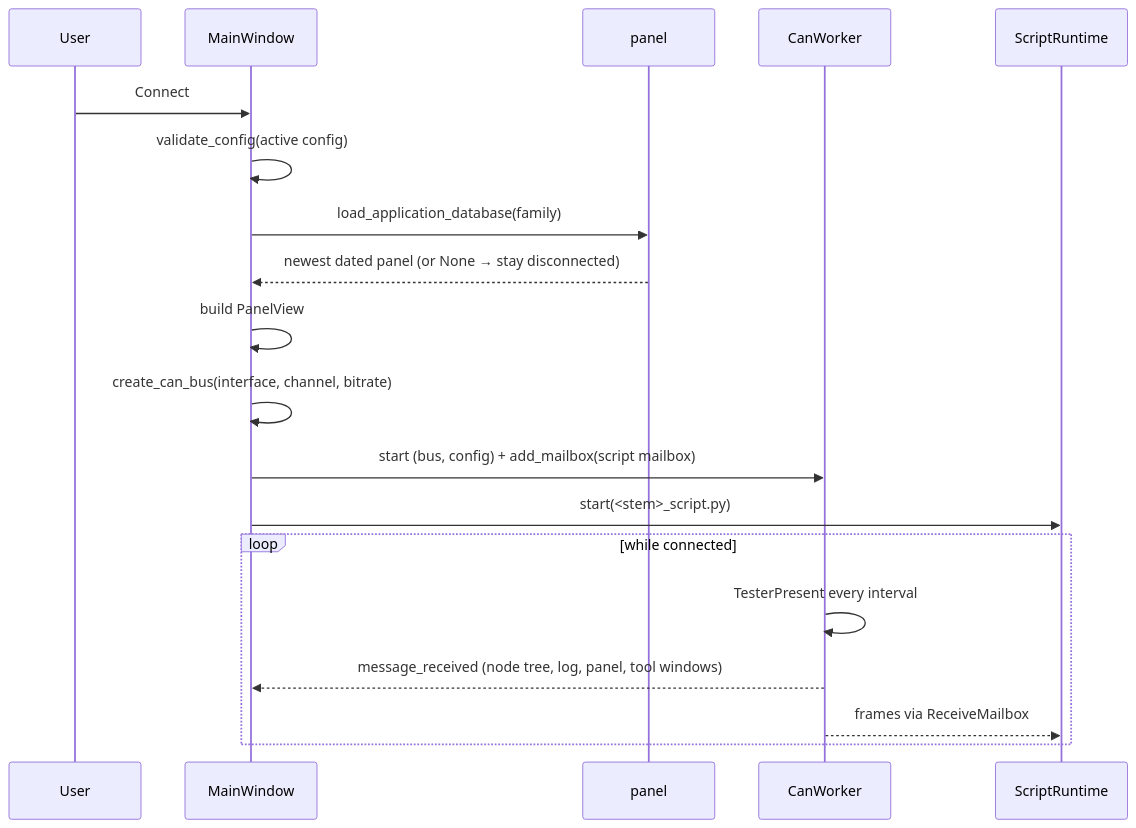
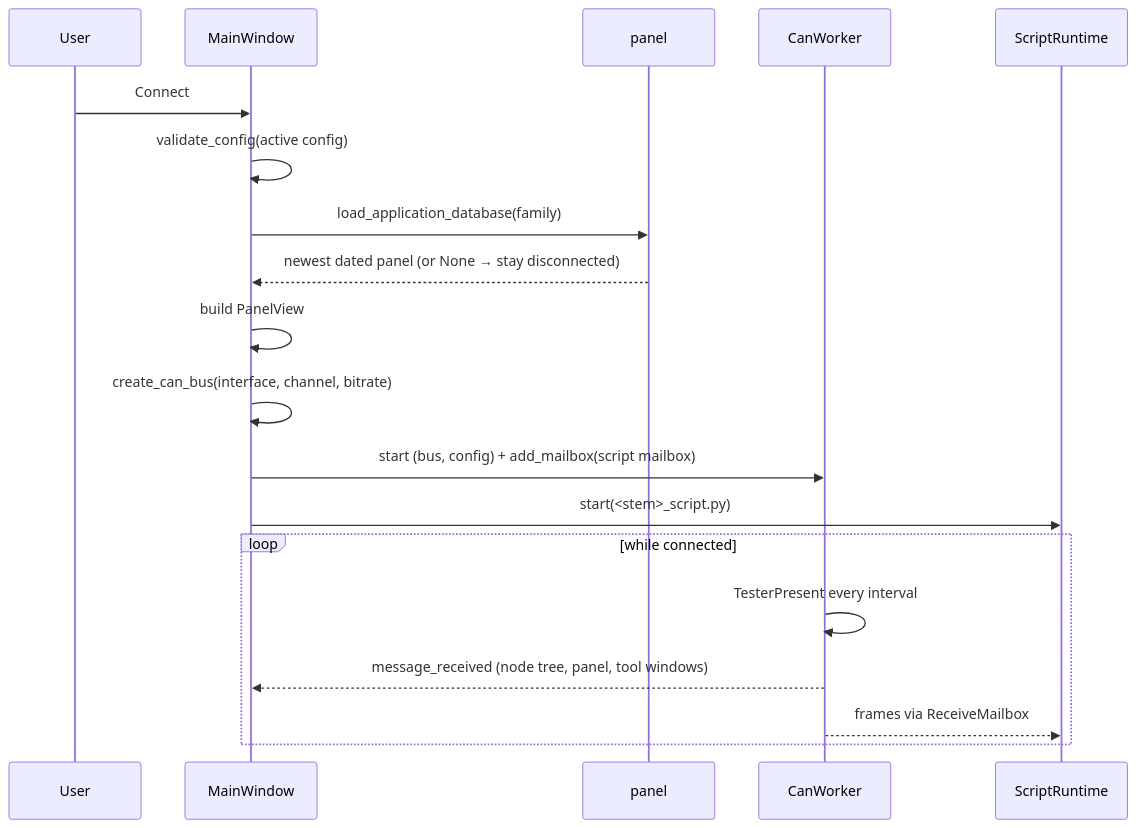
Before and after one commit to HyperFluxQc/CanExpert: the second of 4 diagrams in docs/DOCUMENTATION.md, drawn with Mermaid. The commit also changed other lines of this file and 8 other files, not shown here.

````diff
--- a/docs/DOCUMENTATION.md
+++ b/docs/DOCUMENTATION.md
@@ -202,22 +205,22 @@
 ```mermaid
 sequenceDiagram
     participant User
     participant MainWindow
     participant Loader as panel
     participant Worker as CanWorker
     participant Runtime as ScriptRuntime
 
     User->>MainWindow: Connect
     MainWindow->>MainWindow: validate_config(active config)
     MainWindow->>Loader: load_application_database(family)
     Loader-->>MainWindow: newest dated panel (or None → stay disconnected)
     MainWindow->>MainWindow: build PanelView
     MainWindow->>MainWindow: create_can_bus(interface, channel, bitrate)
     MainWindow->>Worker: start (bus, config) + add_mailbox(script mailbox)
     MainWindow->>Runtime: start(<stem>_script.py)
     loop while connected
         Worker->>Worker: TesterPresent every interval
-        Worker-->>MainWindow: message_received (node tree, log, panel, tool windows)
+        Worker-->>MainWindow: message_received (node tree, panel, tool windows)
         Worker-->>Runtime: frames via ReceiveMailbox
     end
 ```
````
